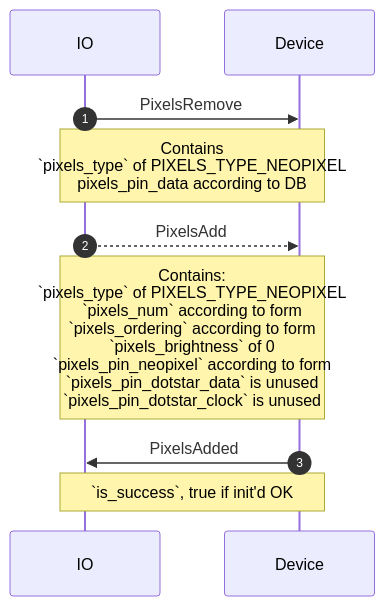
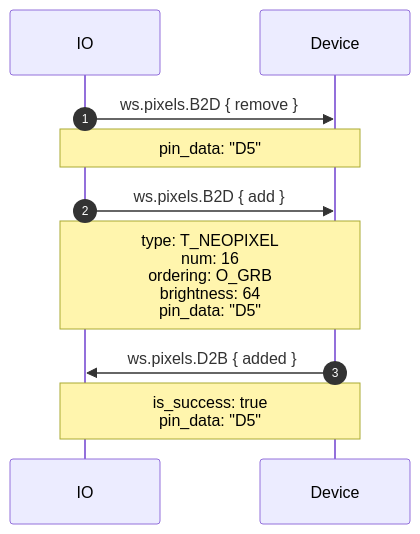
One commit to adafruit/Wippersnapper_Protobuf changed the third of 10 diagrams in proto/wippersnapper/docs/pixels.md. Above: the diagram before and after it, drawn with Mermaid. The commit also changed other lines of this file and 10 other files, not shown here.

````diff
--- a/proto/wippersnapper/docs/pixels.md
+++ b/proto/wippersnapper/docs/pixels.md
@@ -35,10 +91,12 @@
 ```mermaid
 sequenceDiagram
 autonumber
-IO->>Device: PixelsRemove
-Note over IO, Device: Contains<br> `pixels_type` of PIXELS_TYPE_NEOPIXEL<br>pixels_pin_data according to DB
-IO-->>Device: PixelsAdd
-Note over IO, Device: Contains:<br> `pixels_type` of PIXELS_TYPE_NEOPIXEL<br>`pixels_num` according to form<br>`pixels_ordering` according to form<br> `pixels_brightness` of 0<br>`pixels_pin_neopixel` according to form<br> `pixels_pin_dotstar_data` is unused<br>`pixels_pin_dotstar_clock` is unused
-Device->>IO: PixelsAdded
-Note over Device,IO: `is_success`, true if init'd OK
+IO->>Device: ws.pixels.B2D { remove }
+Note over IO, Device: pin_data: "D5"
+
+IO->>Device: ws.pixels.B2D { add }
+Note over IO, Device: type: T_NEOPIXEL<br/>num: 16<br/>ordering: O_GRB<br/>brightness: 64<br/>pin_data: "D5"
+
+Device->>IO: ws.pixels.D2B { added }
+Note over Device,IO: is_success: true<br/>pin_data: "D5"
 ```
````
